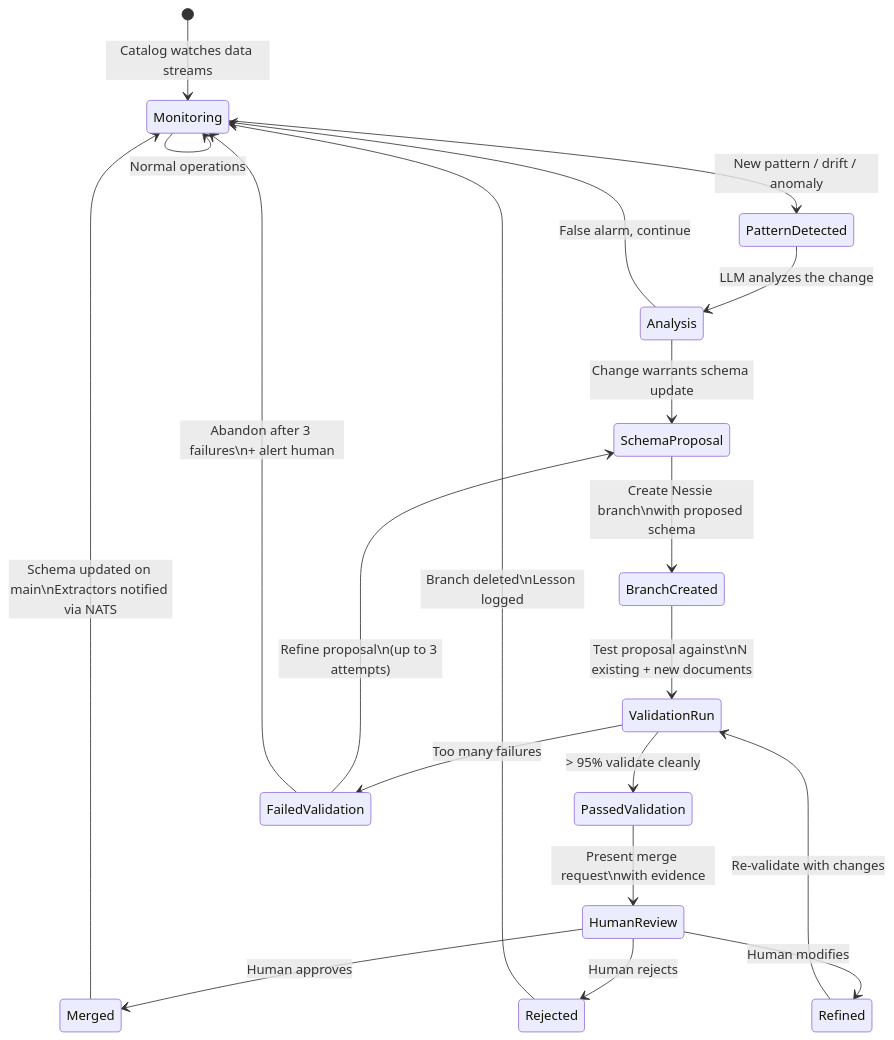
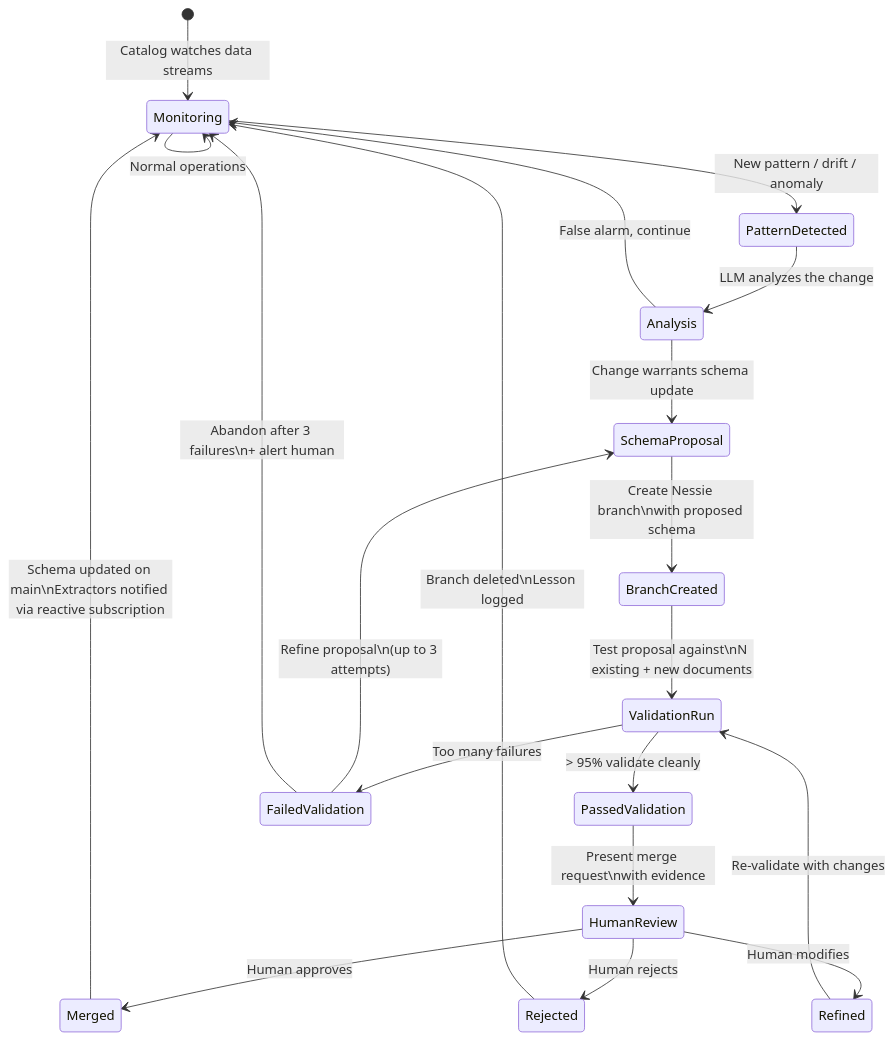
Before and after one commit to pietgk/vivief: the second of 4 diagrams in docs/intent/procurement/agentic-catalog.md, drawn with Mermaid. The commit also changed other lines of this file and 17 other files, not shown here.

````diff
--- a/docs/intent/procurement/agentic-catalog.md
+++ b/docs/intent/procurement/agentic-catalog.md
@@ -59,32 +59,32 @@
 ```mermaid
 stateDiagram-v2
     [*] --> Monitoring: Catalog watches data streams
 
     Monitoring --> PatternDetected: New pattern / drift / anomaly
     Monitoring --> Monitoring: Normal operations
 
     PatternDetected --> Analysis: LLM analyzes the change
 
     Analysis --> SchemaProposal: Change warrants schema update
     Analysis --> Monitoring: False alarm, continue
 
     SchemaProposal --> BranchCreated: Create Nessie branch\nwith proposed schema
 
     BranchCreated --> ValidationRun: Test proposal against\nN existing + new documents
 
     ValidationRun --> PassedValidation: > 95% validate cleanly
     ValidationRun --> FailedValidation: Too many failures
 
     FailedValidation --> SchemaProposal: Refine proposal\n(up to 3 attempts)
     FailedValidation --> Monitoring: Abandon after 3 failures\n+ alert human
 
     PassedValidation --> HumanReview: Present merge request\nwith evidence
 
     HumanReview --> Merged: Human approves
     HumanReview --> Rejected: Human rejects
     HumanReview --> Refined: Human modifies
 
-    Merged --> Monitoring: Schema updated on main\nExtractors notified via NATS
+    Merged --> Monitoring: Schema updated on main\nExtractors notified via reactive subscription
     Rejected --> Monitoring: Branch deleted\nLesson logged
     Refined --> ValidationRun: Re-validate with changes
 ```
````
